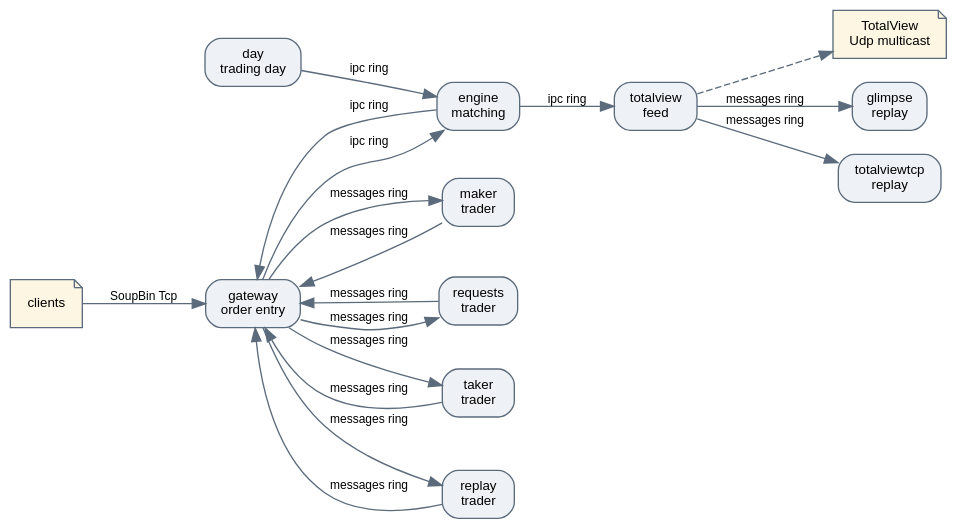
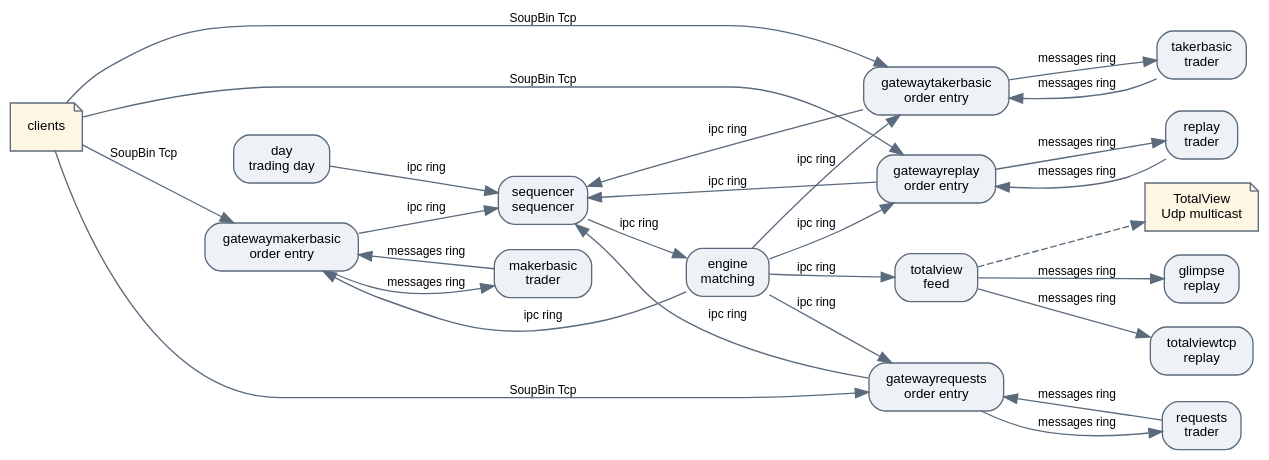
Before and after one commit to Open-Markets-Initiative/omi-cpp-exchanges: the diagram in nasdaq/equities/day/system/topology.dot, drawn with Graphviz. The commit also changed 2870 other files, not shown here.

```diff
--- a/nasdaq/equities/day/system/topology.dot
+++ b/nasdaq/equities/day/system/topology.dot
@@ -1,49 +1,63 @@
 // Nasdaq Stock Market Day — the venue's components and the links between them.
 //
 // Generated from the exchange's own declaration, so it cannot disagree with what was
 // built. Render it with:  dot -Tsvg topology.dot -o topology.svg
 
 digraph nasdaq {
     rankdir = LR;
     graph [fontname = "Helvetica", bgcolor = "transparent", splines = true];
     node  [fontname = "Helvetica", fontsize = 10, shape = box, style = "rounded,filled", fillcolor = "#eef2f7", color = "#5b6b7c"];
     edge  [fontname = "Helvetica", fontsize = 9, color = "#5b6b7c"];
 
     // The outside world: what reaches the venue and what leaves it.
     clients [label = "clients", shape = note, fillcolor = "#fdf6e3"];
     totalview_out [label = "TotalView\nUdp multicast", shape = note, fillcolor = "#fdf6e3"];
 
     // The components, each its own process in the separated versions and its own thread in the single binary.
-    gateway [label = "gateway\norder entry"];
+    gatewaymakerbasic [label = "gatewaymakerbasic\norder entry"];
+    gatewaytakerbasic [label = "gatewaytakerbasic\norder entry"];
+    gatewayreplay [label = "gatewayreplay\norder entry"];
+    gatewayrequests [label = "gatewayrequests\norder entry"];
     engine [label = "engine\nmatching"];
+    sequencer [label = "sequencer\nsequencer"];
     day [label = "day\ntrading day"];
     totalview [label = "totalview\nfeed"];
     glimpse [label = "glimpse\nreplay"];
     totalviewtcp [label = "totalviewtcp\nreplay"];
-    maker [label = "maker\ntrader"];
-    taker [label = "taker\ntrader"];
+    makerbasic [label = "makerbasic\ntrader"];
+    takerbasic [label = "takerbasic\ntrader"];
     replay [label = "replay\ntrader"];
     requests [label = "requests\ntrader"];
 
     // Order entry arrives over Tcp, whichever version is running.
-    clients -> gateway [label = "SoupBin Tcp"];
+    clients -> gatewaymakerbasic [label = "SoupBin Tcp"];
+    clients -> gatewaytakerbasic [label = "SoupBin Tcp"];
+    clients -> gatewayreplay [label = "SoupBin Tcp"];
+    clients -> gatewayrequests [label = "SoupBin Tcp"];
 
     // Between the components: a queue in one process, a ring across several, a socket across machines.
-    gateway -> engine [label = "ipc ring"];
-    day -> engine [label = "ipc ring"];
-    engine -> gateway [label = "ipc ring"];
+    gatewaymakerbasic -> sequencer [label = "ipc ring"];
+    gatewaytakerbasic -> sequencer [label = "ipc ring"];
+    gatewayreplay -> sequencer [label = "ipc ring"];
+    gatewayrequests -> sequencer [label = "ipc ring"];
+    day -> sequencer [label = "ipc ring"];
+    sequencer -> engine [label = "ipc ring"];
+    engine -> gatewaymakerbasic [label = "ipc ring"];
+    engine -> gatewaytakerbasic [label = "ipc ring"];
+    engine -> gatewayreplay [label = "ipc ring"];
+    engine -> gatewayrequests [label = "ipc ring"];
     engine -> totalview [label = "ipc ring"];
     totalview -> glimpse [label = "messages ring"];
     totalview -> totalviewtcp [label = "messages ring"];
-    gateway -> maker [label = "messages ring"];
-    maker -> gateway [label = "messages ring"];
-    gateway -> taker [label = "messages ring"];
-    taker -> gateway [label = "messages ring"];
-    gateway -> replay [label = "messages ring"];
-    replay -> gateway [label = "messages ring"];
-    gateway -> requests [label = "messages ring"];
-    requests -> gateway [label = "messages ring"];
+    gatewaymakerbasic -> makerbasic [label = "messages ring"];
+    makerbasic -> gatewaymakerbasic [label = "messages ring"];
+    gatewaytakerbasic -> takerbasic [label = "messages ring"];
+    takerbasic -> gatewaytakerbasic [label = "messages ring"];
+    gatewayreplay -> replay [label = "messages ring"];
+    replay -> gatewayreplay [label = "messages ring"];
+    gatewayrequests -> requests [label = "messages ring"];
+    requests -> gatewayrequests [label = "messages ring"];
 
     // And out: each feed publishes and records what it is given.
     totalview -> totalview_out [style = dashed];
 }
```
